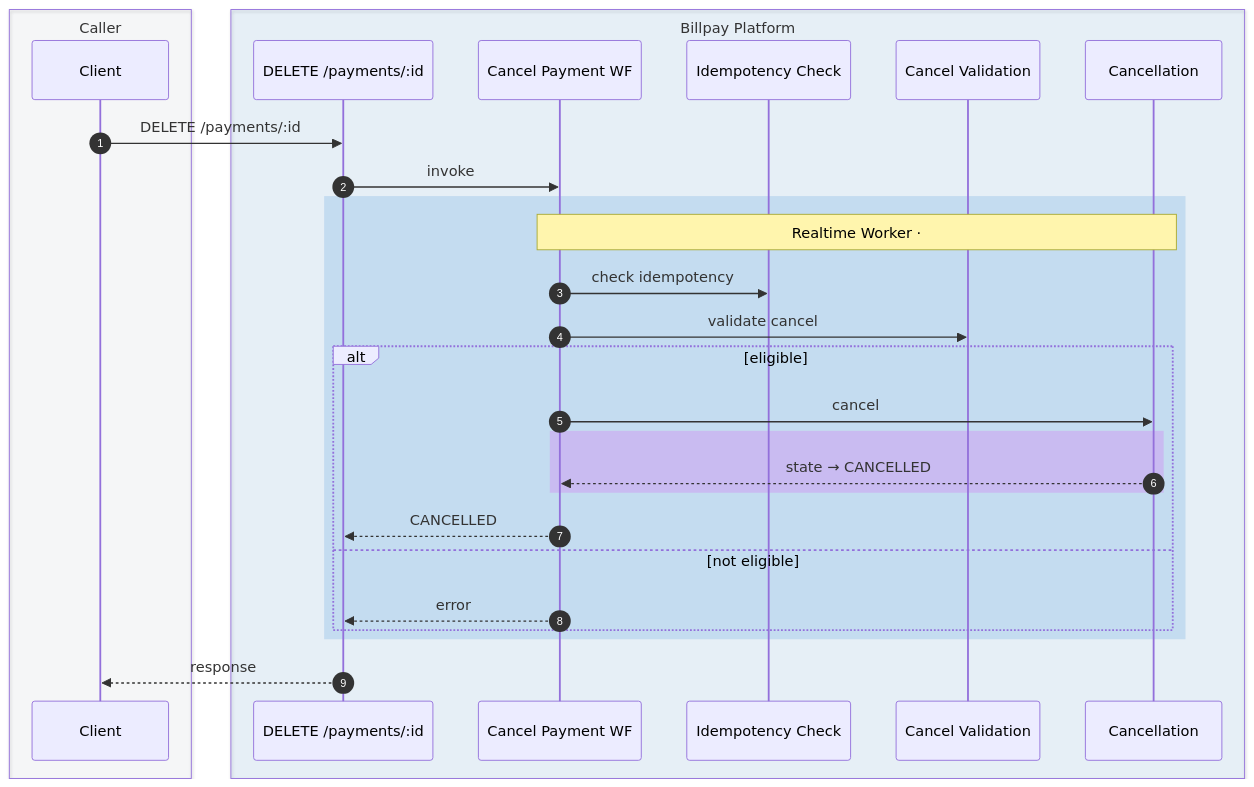
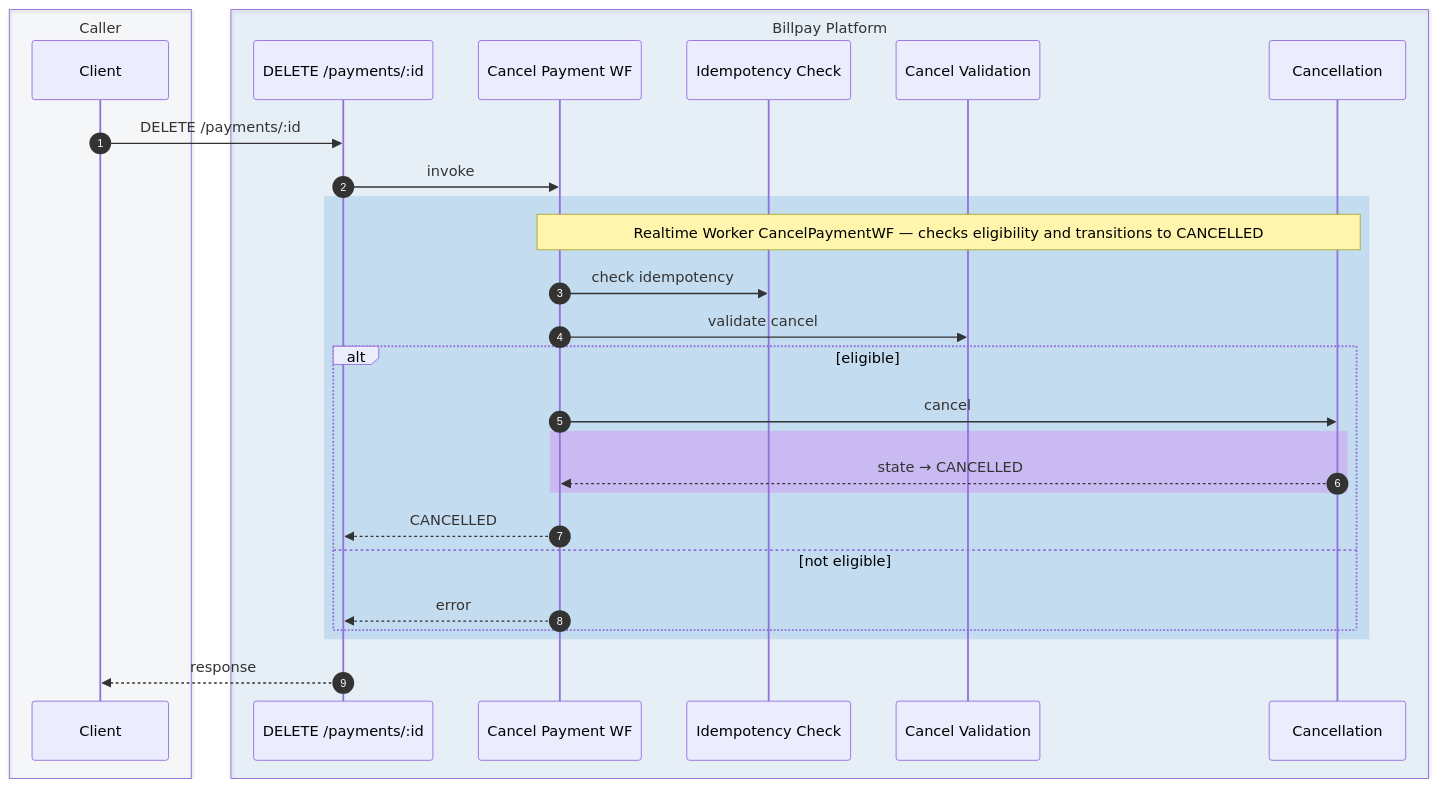
The sixth of 11 diagrams in docs/diagrams/sequence-diagrams.md (arunav-bhattacharya/billpay-docs), drawn with Mermaid before and after one commit. The commit also changed other lines of this file, not shown here.

First line of the commit message:
Tidy Realtime/Batch Worker notes and extend Realtime annotation to async block in diagram #1

````diff
--- a/docs/diagrams/sequence-diagrams.md
+++ b/docs/diagrams/sequence-diagrams.md
@@ -397,36 +397,36 @@
 ```mermaid
 sequenceDiagram
   autonumber
 
   box rgba(148,163,184,0.06) Caller
     participant C as Client
   end
 
   box rgba(0,111,207,0.08) Billpay Platform
     participant API as DELETE /payments/:id
     participant CWF as Cancel Payment WF
     participant IDEMP as Idempotency Check
     participant PCV as Cancel Validation
     participant PCN as Cancellation
   end
 
   C->>API: DELETE /payments/:id
   API->>CWF: invoke
 
   rect rgba(0,111,207,0.15)
-    Note over CWF,PCN: Realtime Worker · #CancelPaymentWF — checks eligibility and transitions to CANCELLED
+    Note over CWF,PCN: Realtime Worker CancelPaymentWF — checks eligibility and transitions to CANCELLED
     CWF->>IDEMP: check idempotency
     CWF->>PCV: validate cancel
     alt eligible
       CWF->>PCN: cancel
       rect rgba(217,70,239,0.22)
         PCN-->>CWF: state → CANCELLED
       end
       CWF-->>API: CANCELLED
     else not eligible
       CWF-->>API: error
     end
   end
 
   API-->>C: response
 ```
````
